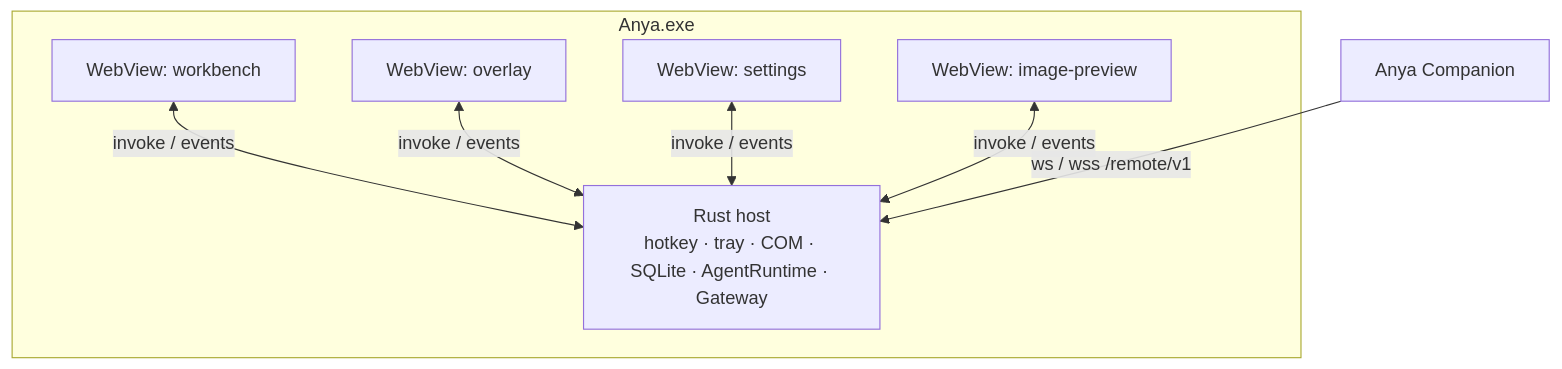
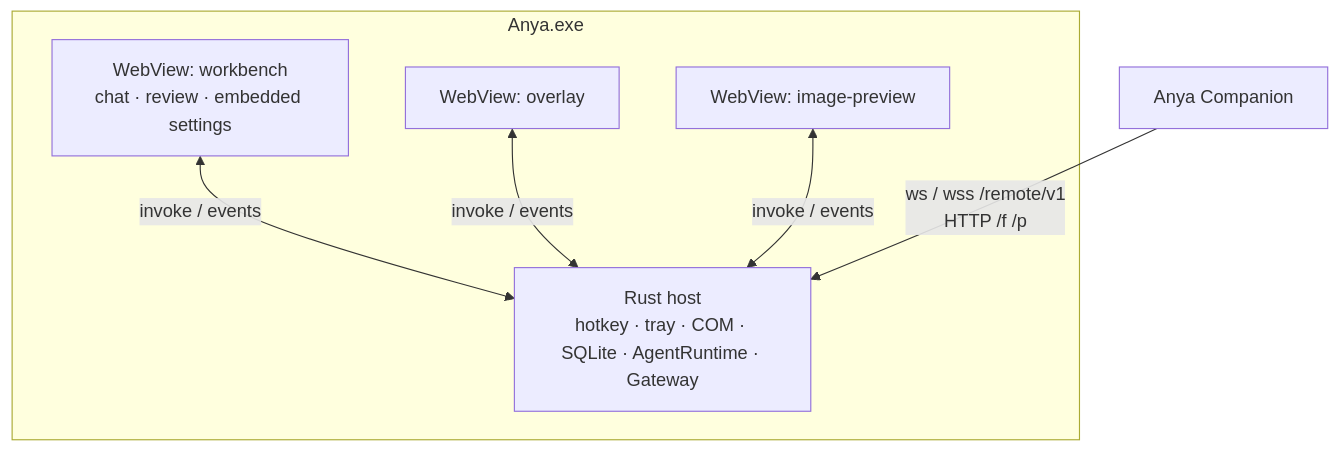
The third of 18 diagrams in docs/architecture-overview.md (rururunu/Anya), drawn with Mermaid before and after one commit. The commit also changed other lines of this file and 86 other files, not shown here.

````diff
--- a/docs/architecture-overview.md
+++ b/docs/architecture-overview.md
@@ -162,18 +164,16 @@
 ```mermaid
 flowchart TB
   subgraph Process["Anya.exe"]
     Rust["Rust host<br/>hotkey · tray · COM · SQLite · AgentRuntime · Gateway"]
-    WV1["WebView: workbench"]
+    WV1["WebView: workbench<br/>chat · review · embedded settings"]
     WV2["WebView: overlay"]
-    WV3["WebView: settings"]
     WV4["WebView: image-preview"]
   end
 
   Phone[Anya Companion]
 
   WV1 <-->|invoke / events| Rust
   WV2 <-->|invoke / events| Rust
-  WV3 <-->|invoke / events| Rust
   WV4 <-->|invoke / events| Rust
-  Phone -->|ws / wss /remote/v1| Rust
+  Phone -->|ws / wss /remote/v1<br/>HTTP /f /p| Rust
 ```
````
